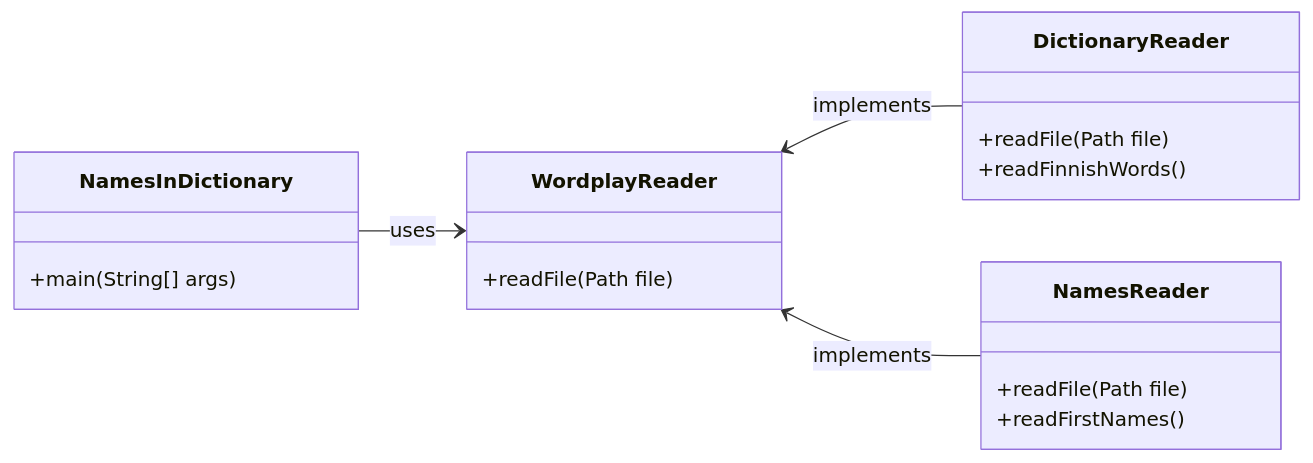
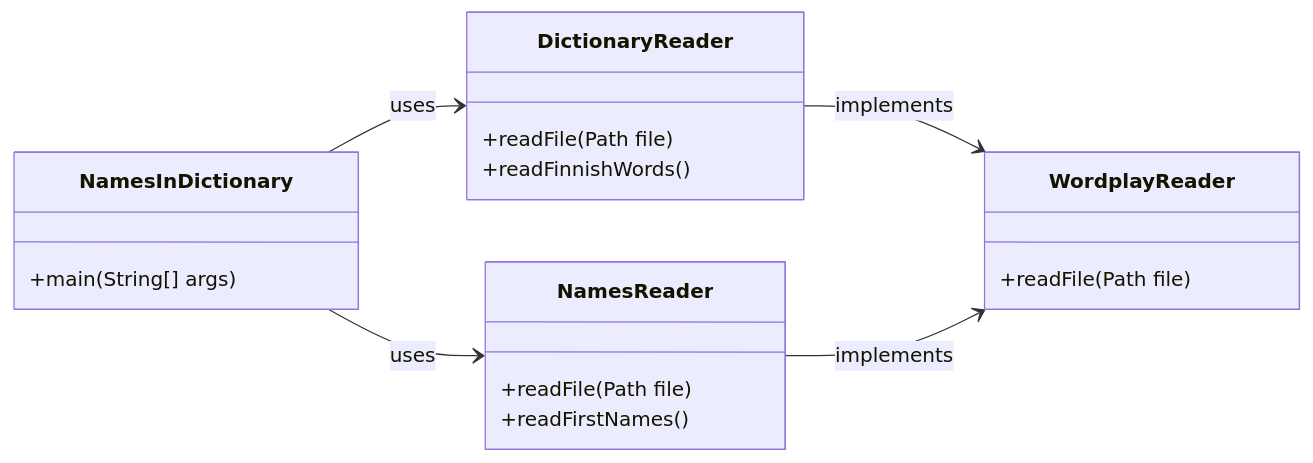
Before and after one commit to ohjelmointi2/wordplay-exercise: the diagram in readme.md, drawn with Mermaid.

Commit message:
Improved class diagram

````diff
--- a/readme.md
+++ b/readme.md
@@ -206,26 +206,27 @@
 ```mermaid
 classDiagram
     direction LR
 
     class NamesInDictionary {
         +main(String[] args)
     }
 
     class DictionaryReader {
         +readFile(Path file)
         +readFinnishWords()
     }
 
     class NamesReader {
         +readFile(Path file)
         +readFirstNames()
     }
 
     class WordplayReader {
         +readFile(Path file)
     }
 
-    NamesInDictionary --> WordplayReader : uses
-    WordplayReader <-- DictionaryReader: implements
-    WordplayReader <-- NamesReader : implements
+    NamesInDictionary --> DictionaryReader : uses
+    NamesInDictionary --> NamesReader : uses
+    DictionaryReader --> WordplayReader: implements
+    NamesReader --> WordplayReader : implements
 ```
````
